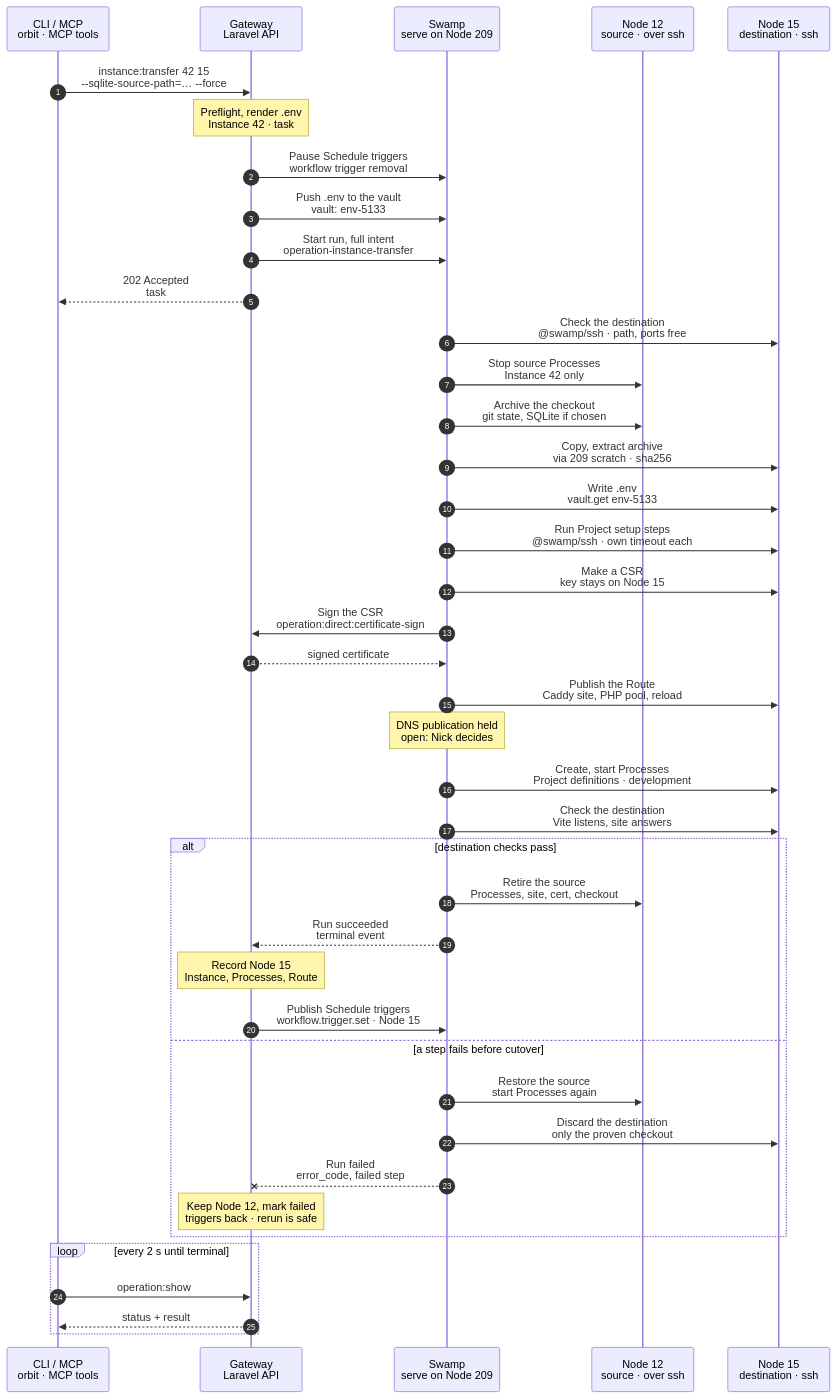
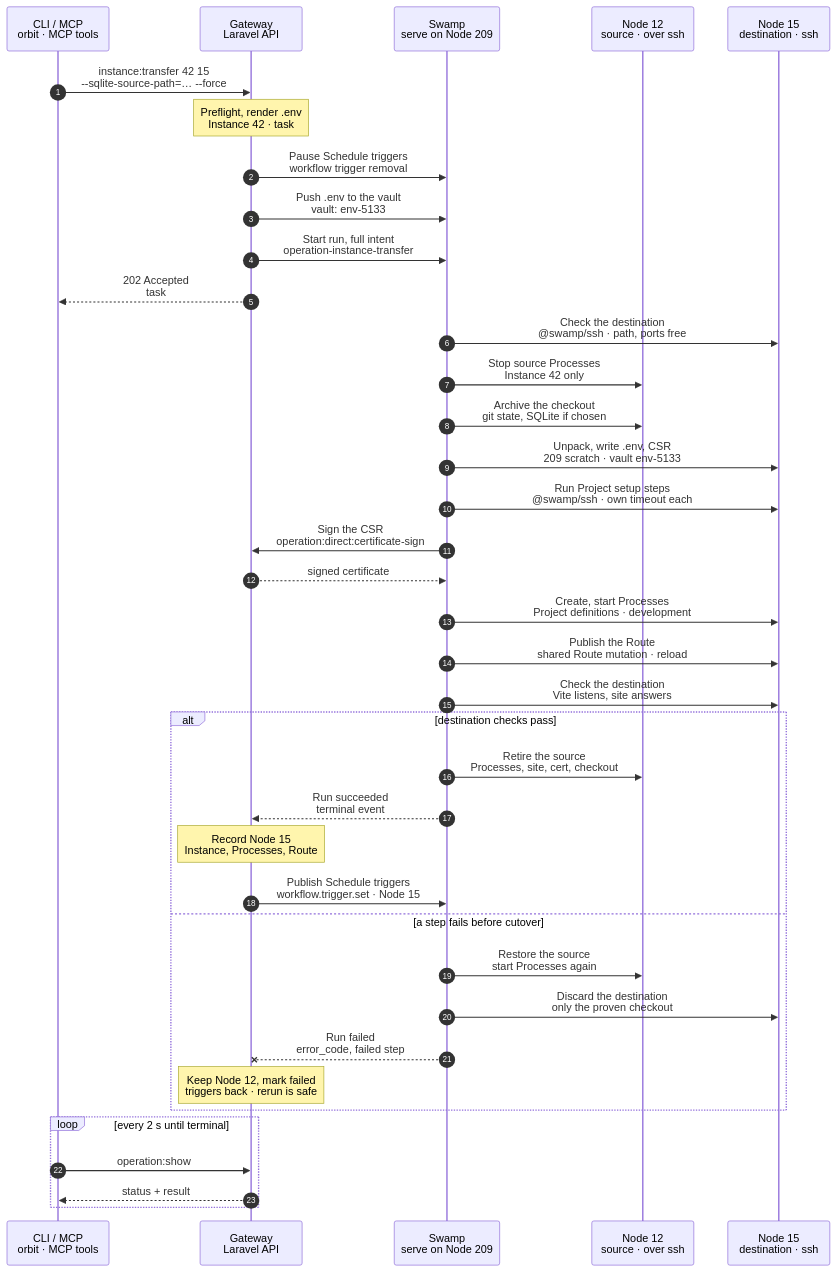
Before and after one commit to hardimpactdev/orbit: the diagram in docs/flows/instance.transfer.mmd, drawn with Mermaid.

Commit message:
docs(flows): tighten instance.transfer with flow-tighten
Unpack, .env and CSR are one destination step (rule 6). The retired DNS hold
note goes (rules 3, 13): the shared Route mutation publishes DNS only outside
the Cluster TLD. Processes start before the Route is published (rule 8). The
common path drops from 13 to 11 Swamp steps.

```diff
--- a/docs/flows/instance.transfer.mmd
+++ b/docs/flows/instance.transfer.mmd
@@ -1,173 +1,165 @@
 sequenceDiagram
-  %% Target design: ADR 0244 task + full intent as inputs, R1-R4, single-swamp-node; DECISIONS scope (SQLite only when chosen, Schedules move, cert from destination CSR in-run), 1 (signing is the one step→Gateway call), 2 (DNS held); .env and Processes as in instance.create. docs/reference/instance-transfer.md.
+  %% Target design: ADR 0244 task + full intent as inputs, R1-R4, single-swamp-node; DECISIONS scope (SQLite only when chosen, Schedules move, cert from destination CSR in-run), 1 (signing is the one step→Gateway call), DNS hold retired (PR #2443); tightened by flow-tighten 2026-11-02 (rules 3, 6, 8, 13); .env and Processes as in instance.create. docs/reference/instance-transfer.md.
   %% status: draft
   %% command: instance:transfer
   autonumber
   %% lane CLI icon=terminal pill=caller tone=gray
   %% lane GW icon=gateway pill=intent tone=blue
   %% lane SW icon=workflow pill=executes tone=green
   %% lane S icon=server pill=target tone=amber
   %% lane D icon=server pill=target tone=purple
   participant CLI as CLI / MCP<br/>orbit · MCP tools
   participant GW as Gateway<br/>Laravel API
   participant SW as Swamp<br/>serve on Node 209
   participant S as Node 12<br/>source · over ssh
   participant D as Node 15<br/>destination · ssh
   CLI->>GW: instance:transfer 42 15<br/>--sqlite-source-path=… --force
   %%> Command:
   %%> - `orbit instance:transfer 42 15 --sqlite-source-path=/fast/apps/acme/feature/database/database.sqlite --force`
   %%> - syntax: `<instance> <node> [--name=NAME] [--sqlite-source-path=PATH] [--force] [--idempotency-key=KEY] [--json]`
   %%> What it does:
   %%> - moves development Instance 42 from Node 12 to Node 15; the Instance id and Project stay
   %%> Confirmation:
   %%> - without `--force`, the CLI asks for consent that names the source, destination and downtime; the default is No
   %%> - without a terminal, or with `--json`, `--force` is required
   %%> Options:
   %%> - `--name`: another Instance name on Node 15
   %%> - `--sqlite-source-path`: also copy this SQLite file; without it, no database file moves
   Note over GW: Preflight, render .env<br/>Instance 42 · task #5133
   %%> Requirements:
   %%> - your Node has access grants to Node 12 and Node 15
   %%> - both Nodes have the `app-dev` role and belong to active Clusters
   %%> - Project 7 may be placed on Node 15, and the destination path is free
   %%> - Instance 42 is an active development Instance with one active Route, and no removal runs
   %%> Plans:
   %%> - the Processes from Project 7's definitions for `development`, with Node 15's ports
   %%> - the Route on Node 15, and the Schedules' new target
   %%> Renders .env:
   %%> - from the stored environment of Instance 42, with Node 15 values such as `APP_URL`
   %%> Result:
   %%> - Instance 42 marked transferring; task #5133 recorded with the full intent
   GW->>SW: Pause Schedule triggers<br/>workflow trigger removal
   %%> What it does:
   %%> - removes the native Swamp schedule trigger of each Schedule of Instance 42
   %%> - there is no Node work here; Schedules install nothing on Nodes
   %%> Why:
   %%> - no fire runs against Node 12 during the move
   GW->>SW: Push .env to the vault<br/>vault: env-5133
   %%> Why:
   %%> - `.env` can hold secrets, which travel only through the vault
   %%> Result:
   %%> - the run reads it with `vault.get`; no step asks the Gateway for it
   GW->>SW: Start run, full intent<br/>operation-instance-transfer
   %%> What it does:
   %%> - starts one run of `operation-instance-transfer` on Swamp serve (Node 209)
   %%> Inputs:
   %%> - both Nodes' addresses and SSH host keys; the SSH identity comes from the `swamp` role
   %%> - paths, Process plan, Route plan, SQLite path when chosen
   %%> - secrets only as vault key names
   GW-->>CLI: 202 Accepted<br/>task #5133
   %%> What you get:
   %%> - the task number, at once
   %%> Next:
   %%> - the CLI follows the task with `operation:show`
   SW->>D: Check the destination<br/>@swamp/ssh · path, ports free
   %%> What it does:
   %%> - checks that the destination path is free and the planned ports are unused
   %%> Why first:
   %%> - Node 12 keeps running until Node 15 is known to be ready
   SW->>S: Stop source Processes<br/>Instance 42 only
   %%> What it does:
   %%> - stops the Processes of Instance 42 on Node 12; downtime starts here
   %%> Keeps:
   %%> - the Process units, for a restore if the move fails
   SW->>S: Archive the checkout<br/>git state, SQLite if chosen
   %%> What it does:
   %%> - packs the Git history, branch, origin, index, unstaged edits and untracked files
   %%> - adds the SQLite file only when `--sqlite-source-path` was given
   %%> Not included:
   %%> - `.env`; the Gateway rendered a new one for Node 15
   %%> Linked worktree:
   %%> - becomes an independent checkout on Node 15; the common repository on Node 12 stays unchanged
-  SW->>D: Copy, extract archive<br/>via 209 scratch · sha256
+  SW->>D: Unpack, write .env, CSR<br/>209 scratch · vault env-5133
   %%> How:
   %%> - copies the archive over `@swamp/ssh` through private scratch space on 209, and checks its hash
   %%> What it does:
   %%> - extracts it into the destination path, as Node 15's managed user
+  %%> - writes the rendered `.env` from the vault into the checkout, readable only by its owner
+  %%> - creates a private key and a certificate signing request for the Route's domain; the key never leaves Node 15
   %%> Refuses:
   %%> - paths or links that escape the checkout
   %%> Cleanup:
   %%> - removes the scratch archives on all three Nodes
-  SW->>D: Write .env<br/>vault.get env-5133
-  %%> What it does:
-  %%> - writes the rendered `.env` from the vault into the checkout, readable only by its owner
   SW->>D: Run Project setup steps<br/>@swamp/ssh · own timeout each
   %%> What it does:
   %%> - runs the Project's setup steps, as in `instance:create`, so dependencies match Node 15
   %%> Typical steps:
   %%> - `composer install`, `vp install`, `php artisan migrate`
-  SW->>D: Make a CSR<br/>key stays on Node 15
-  %%> What it does:
-  %%> - creates a private key and a certificate signing request for the Route's domain
-  %%> Why:
-  %%> - the private key never leaves the Node that serves the Route
   SW->>GW: Sign the CSR<br/>operation:direct:certificate-sign
   %%> Why a call to the Gateway:
   %%> - only the Gateway holds the Orbit CA key
   %%> - this is the one call a step may make to the Gateway (decision 1)
   GW-->>SW: signed certificate
   %%> Returns:
   %%> - the certificate for the CSR, scoped to task #5133
-  SW->>D: Publish the Route<br/>Caddy site, PHP pool, reload
-  %%> What it does:
-  %%> - installs the certificate, the Caddy site and the PHP pool on Node 15
-  %%> - reloads Caddy; no restart
-  %%> Cutover:
-  %%> - from here Node 15 serves Instance 42
-  Note over SW: DNS publication held<br/>open: Nick decides
-  %%> Open:
-  %%> - DNS publication for Routes is on hold (`native-dns-takeover-held`)
-  %%> - until Nick decides, the run changes no DNS record
   SW->>D: Create, start Processes<br/>Project definitions · development
   %%> What it does:
   %%> - creates the Instance's Processes on Node 15 from Project 7's definitions for `development`, and starts them
   %%> - Processes recorded as stopped stay stopped
+  SW->>D: Publish the Route<br/>shared Route mutation · reload
+  %%> What it does:
+  %%> - installs the certificate, the Caddy site and the PHP pool on Node 15 through the shared Route mutation, and reloads Caddy; no restart
+  %%> - changes private DNS only when the domain is outside the Cluster TLD; a domain inside it needs no record
+  %%> Why last:
+  %%> - Node 15 becomes reachable only after its Processes run
+  %%> Cutover:
+  %%> - from here Node 15 serves Instance 42
   SW->>D: Check the destination<br/>Vite listens, site answers
   %%> What it does:
   %%> - checks that the Processes run and the Route answers on Node 15
   alt destination checks pass
     SW->>S: Retire the source<br/>Processes, site, cert, checkout
     %%> What it does:
     %%> - removes the Process units, Caddy site, PHP pool and certificate of Instance 42 on Node 12, and reloads Caddy
     %%> - deletes only the checkout whose identity the run captured
     %%> If it fails:
     %%> - Node 15 stays authoritative; the leftovers on Node 12 are reported for repair
     SW-->>GW: Run succeeded<br/>terminal event
     %%> How the Gateway learns it:
     %%> - its shared run reader sees the terminal event; Swamp never calls the Gateway
     Note over GW: Record Node 15<br/>Instance, Processes, Route
     %%> Result:
     %%> - Instance 42, its Processes and its Route are recorded on Node 15, in one change
     %%> - task #5133 succeeds
     GW->>SW: Publish Schedule triggers<br/>workflow.trigger.set · Node 15
     %%> What it does:
     %%> - sets each Schedule's trigger again, now with Node 15 as its target
     %%> Result:
     %%> - the Schedules have moved; their next fire runs on Node 15
   else a step fails before cutover
     SW->>S: Restore the source<br/>start Processes again
     %%> What it does:
     %%> - starts the Processes of Instance 42 on Node 12 again; the source is untouched otherwise
     SW->>D: Discard the destination<br/>only the proven checkout
     %%> What it does:
     %%> - removes what the run created on Node 15, and only that
     %%> If cleanup fails:
     %%> - the leftovers stay visible as a failure; nothing unproven is deleted
     SW--xGW: Run failed<br/>error_code, failed step
     %%> The Gateway reads:
     %%> - which step failed and its error code
     Note over GW: Keep Node 12, mark failed<br/>triggers back · rerun is safe
     %%> Result:
     %%> - Instance 42 stays on Node 12, active again; task #5133 fails
     %%> - the Gateway sets the Schedule triggers again for Node 12
     %%> Retry:
     %%> - run the same command again; it is a new task
   end
   loop every 2 s until terminal
     CLI->>GW: operation:show #5133
     %%> What it does:
     %%> - asks for the task's status every 2 seconds until it has ended
     GW-->>CLI: status + result
     %%> Returns:
     %%> - the current status, and the result once the task has ended
   end
```
